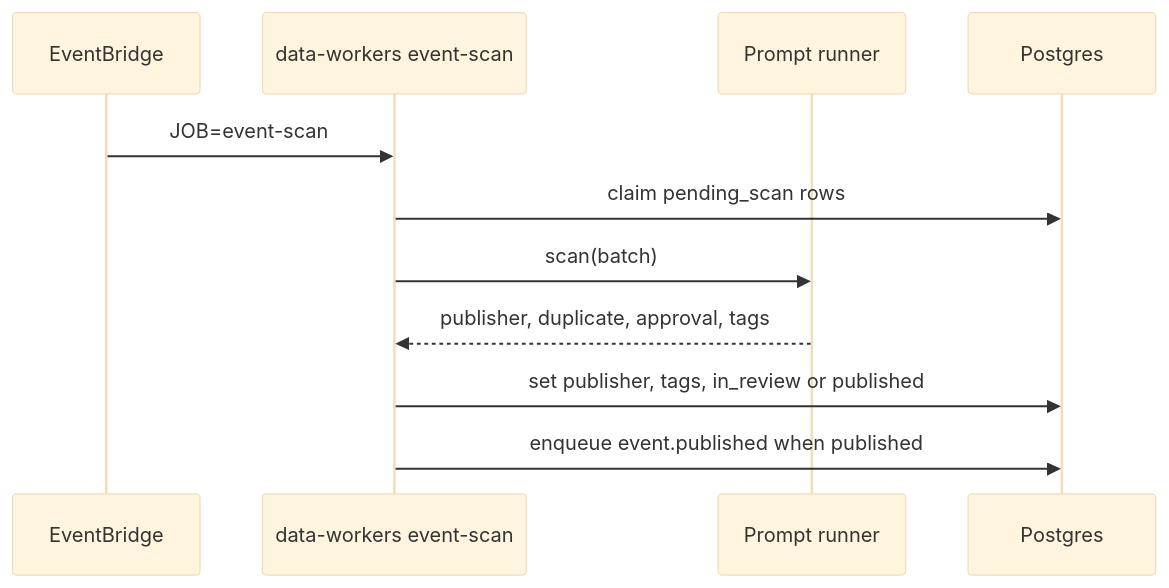
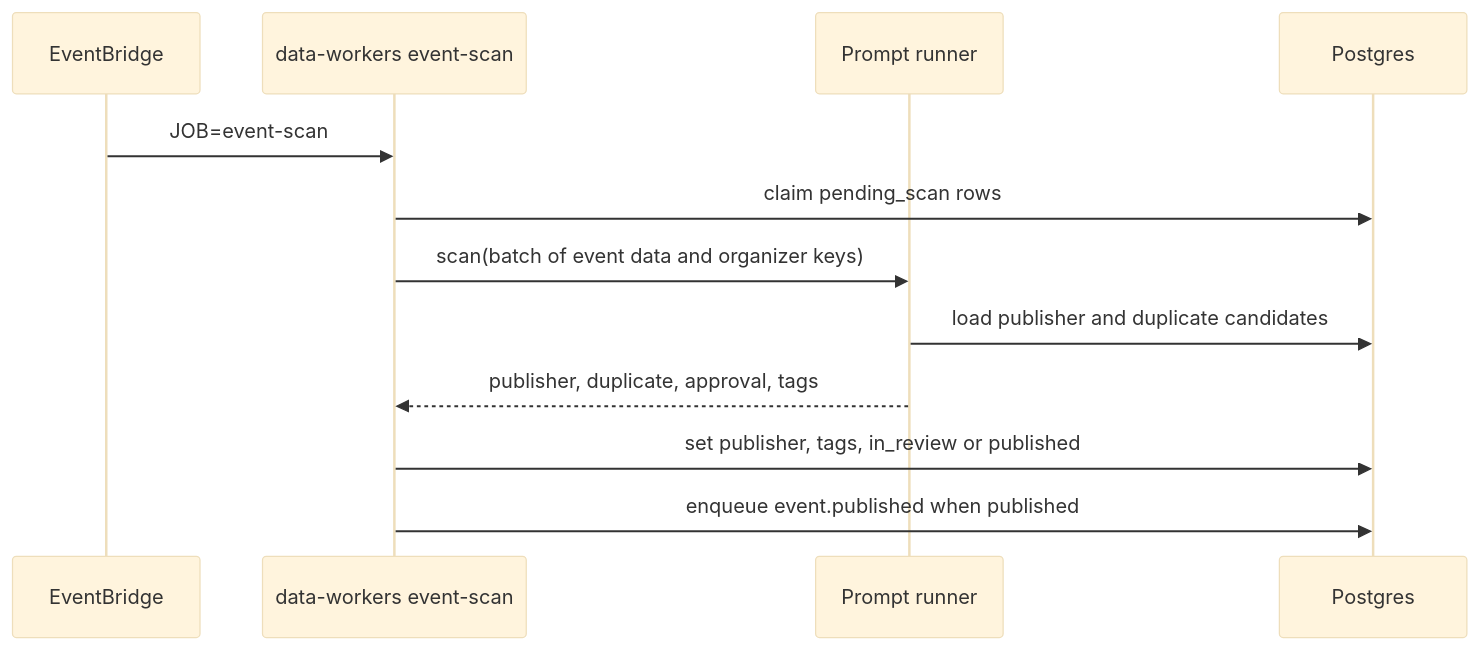
The diagram in docs/flows/event-scan.md (BradleySmallbottoms/evently), drawn with Mermaid (base theme) before and after one commit. The commit also changed other lines of this file and 17 other files, not shown here.

First line of the commit message:
Refactor event scanning process to enhance publisher and duplicate candidate handling.

````diff
--- a/docs/flows/event-scan.md
+++ b/docs/flows/event-scan.md
@@ -40,14 +41,15 @@
 ```mermaid
 sequenceDiagram
   participant Scheduler as EventBridge
   participant Job as data-workers event-scan
   participant Runner as Prompt runner
   participant DB as Postgres
 
   Scheduler->>Job: JOB=event-scan
   Job->>DB: claim pending_scan rows
-  Job->>Runner: scan(batch)
+  Job->>Runner: scan(batch of event data and organizer keys)
+  Runner->>DB: load publisher and duplicate candidates
   Runner-->>Job: publisher, duplicate, approval, tags
   Job->>DB: set publisher, tags, in_review or published
   Job->>DB: enqueue event.published when published
 ```
````
